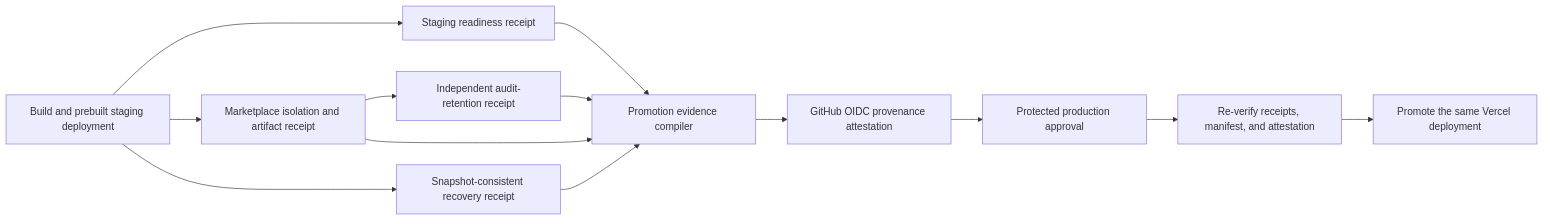
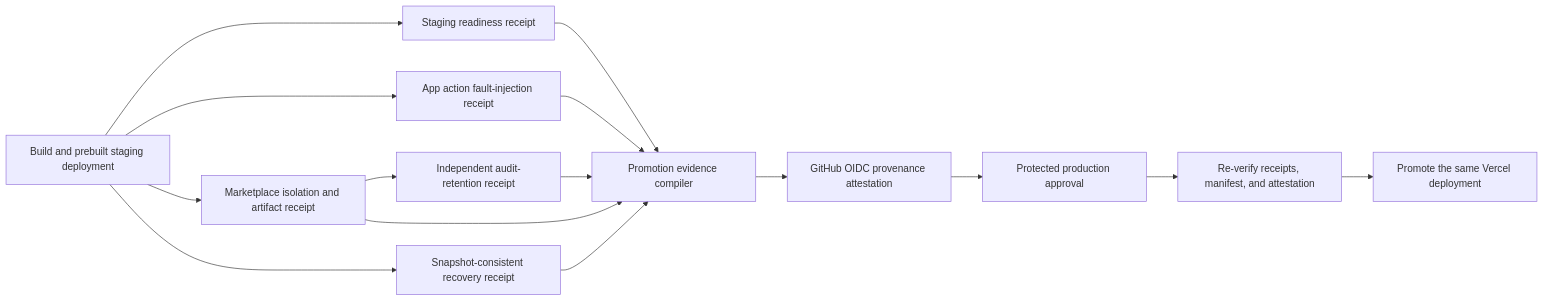
One commit to mrrkrieg/loopgraph changed the diagram in docs/PRODUCTION-PROMOTION-EVIDENCE.md. Above: the diagram before and after it, drawn with Mermaid. The commit also changed other lines of this file and 10 other files, not shown here.

Commit message:
Prove App action commits execute exactly once

````diff
--- a/docs/PRODUCTION-PROMOTION-EVIDENCE.md
+++ b/docs/PRODUCTION-PROMOTION-EVIDENCE.md
@@ -7,15 +8,17 @@
 ```mermaid
 flowchart LR
   V["Build and prebuilt staging deployment"] --> S["Staging readiness receipt"]
+  V --> F["App action fault-injection receipt"]
   V --> M["Marketplace isolation and artifact receipt"]
   V --> R["Snapshot-consistent recovery receipt"]
   M --> A["Independent audit-retention receipt"]
   S --> E["Promotion evidence compiler"]
+  F --> E
   M --> E
   R --> E
   A --> E
   E --> T["GitHub OIDC provenance attestation"]
   T --> P["Protected production approval"]
   P --> X["Re-verify receipts, manifest, and attestation"]
   X --> Y["Promote the same Vercel deployment"]
 ```
````
